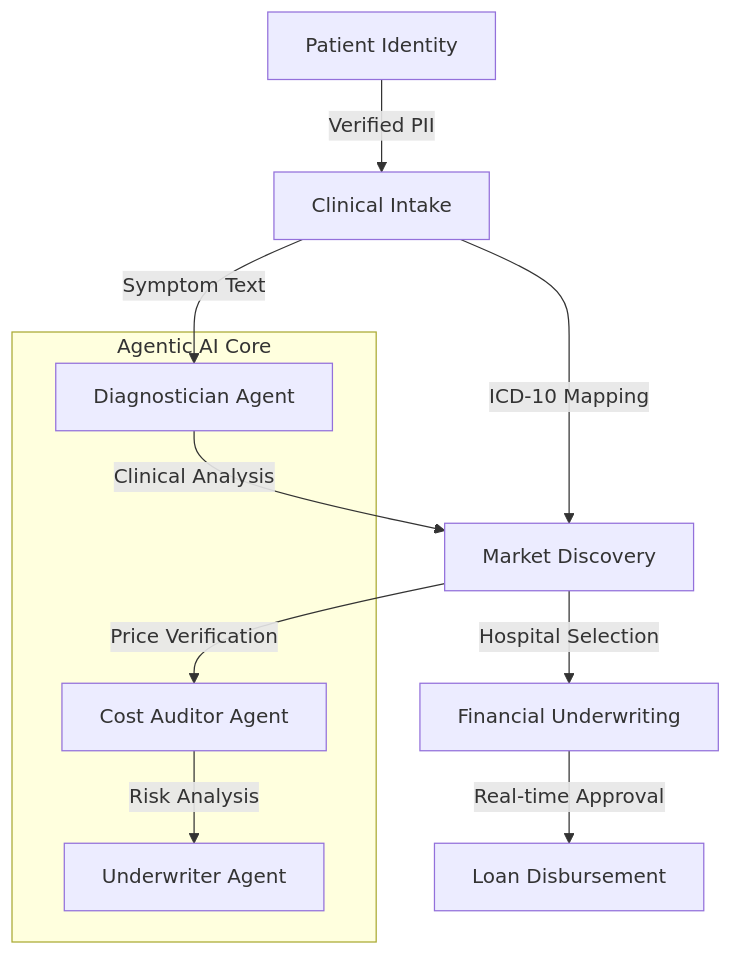
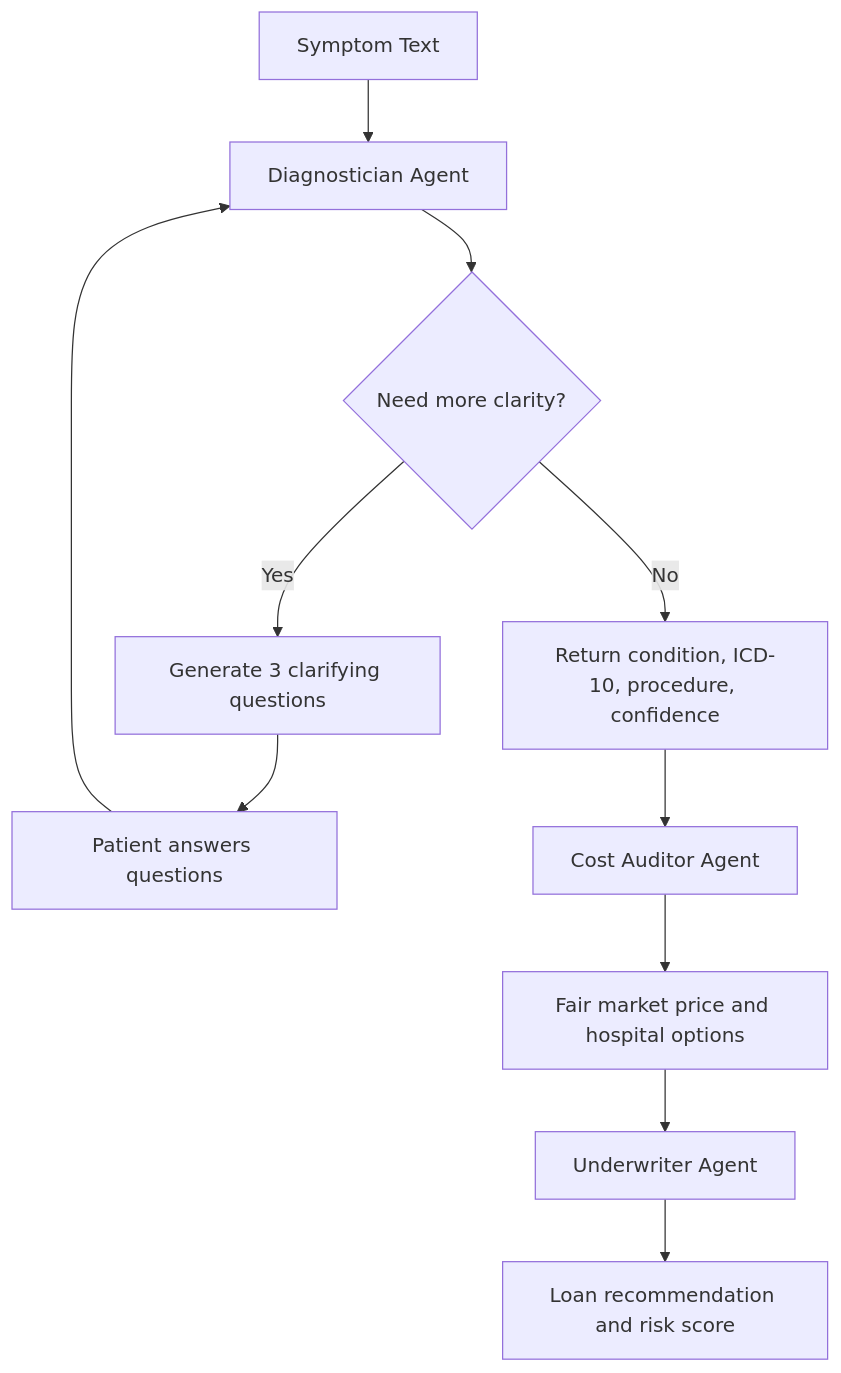
The fourth of 12 diagrams in README.md (yashrao2607/Tenzorx), drawn with Mermaid before and after one commit. The commit also changed other lines of this file, not shown here.

````diff
--- a/README.md
+++ b/README.md
@@ -22,18 +249,13 @@
 ```mermaid
-graph TD
-    A[Patient Identity] -->|Verified PII| B[Clinical Intake]
-    B -->|ICD-10 Mapping| C[Market Discovery]
-    C -->|Hospital Selection| D[Financial Underwriting]
-    D -->|Real-time Approval| E[Loan Disbursement]
-    
-    subgraph "Agentic AI Core"
-    B1[Diagnostician Agent]
-    C1[Cost Auditor Agent]
-    D1[Underwriter Agent]
-    end
-    
-    B -- "Symptom Text" --> B1
-    B1 -- "Clinical Analysis" --> C
-    C -- "Price Verification" --> C1
-    C1 -- "Risk Analysis" --> D1
+flowchart TD
+    A[Symptom Text] --> B[Diagnostician Agent]
+    B --> C{Need more clarity?}
+    C -->|Yes| D[Generate 3 clarifying questions]
+    D --> E[Patient answers questions]
+    E --> B
+    C -->|No| F[Return condition, ICD-10, procedure, confidence]
+    F --> G[Cost Auditor Agent]
+    G --> H[Fair market price and hospital options]
+    H --> I[Underwriter Agent]
+    I --> J[Loan recommendation and risk score]
 ```
````
